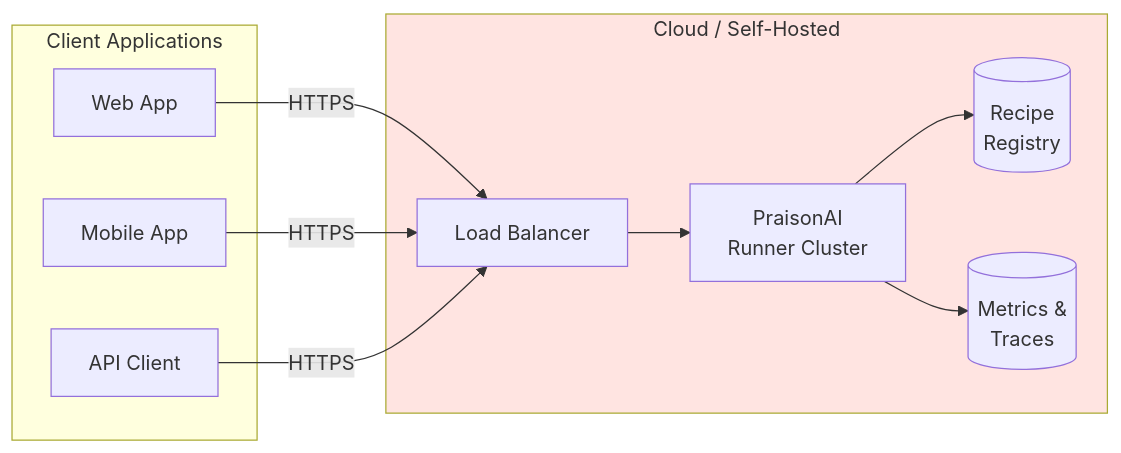
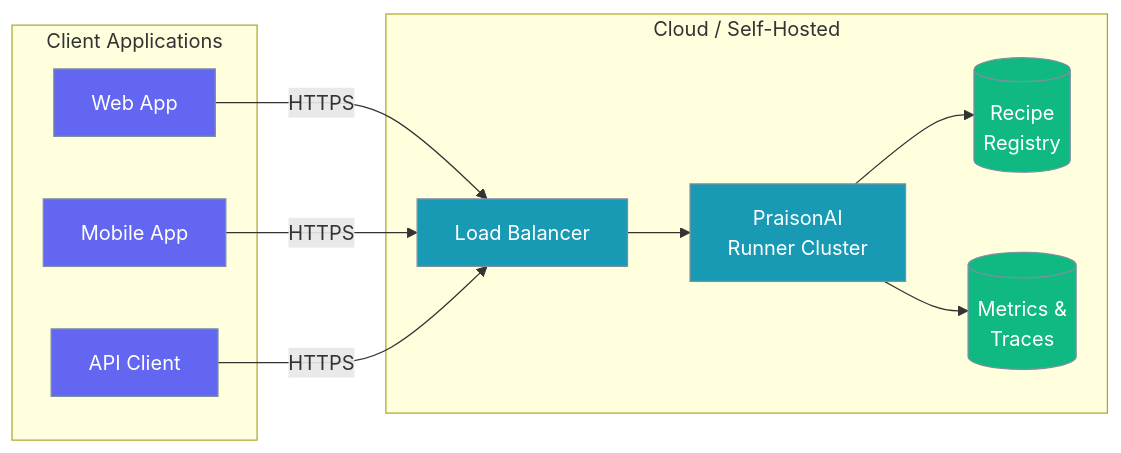
The third of 3 diagrams in docs/guides/recipes/integration-models/remote-managed-runner.mdx (MervinPraison/PraisonAIDocs), drawn with Mermaid before and after one commit. The commit also changed 5 other files, not shown here.

````diff
--- a/docs/guides/recipes/integration-models/remote-managed-runner.mdx
+++ b/docs/guides/recipes/integration-models/remote-managed-runner.mdx
@@ -55,22 +55,25 @@
 ```mermaid
 flowchart LR
     subgraph Clients["Client Applications"]
         A1[Web App]
         A2[Mobile App]
         A3[API Client]
     end
     
     subgraph Cloud["Cloud / Self-Hosted"]
         B[Load Balancer] --> C[PraisonAI<br/>Runner Cluster]
         C --> D[(Recipe<br/>Registry)]
         C --> E[(Metrics &<br/>Traces)]
     end
     
     A1 -->|HTTPS| B
     A2 -->|HTTPS| B
     A3 -->|HTTPS| B
     
-    style Cloud fill:#FFE4E1
-    classDef agent fill:#8B0000,color:#fff
-    classDef tool fill:#189AB4,color:#fff
+    classDef host fill:#6366F1,stroke:#7C90A0,color:#fff
+    classDef proc fill:#189AB4,stroke:#7C90A0,color:#fff
+    classDef out fill:#10B981,stroke:#7C90A0,color:#fff
+    class A1,A2,A3 host
+    class B,C proc
+    class D,E out
 ```
````
